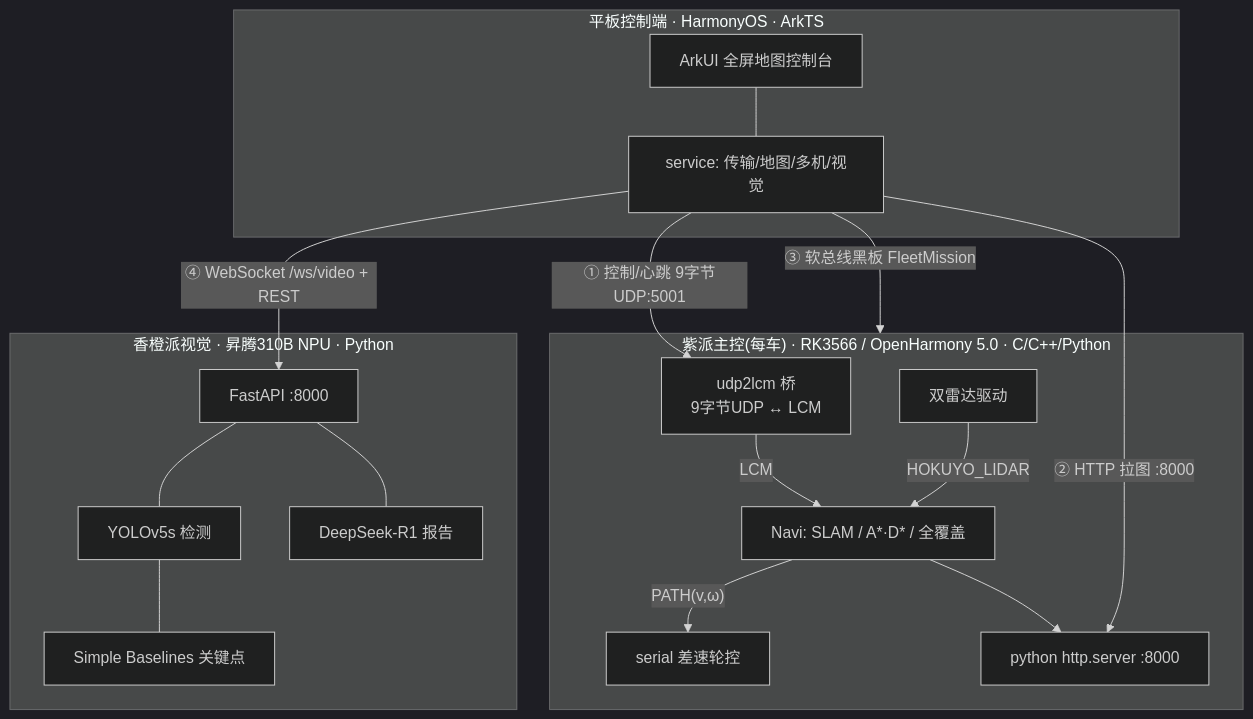
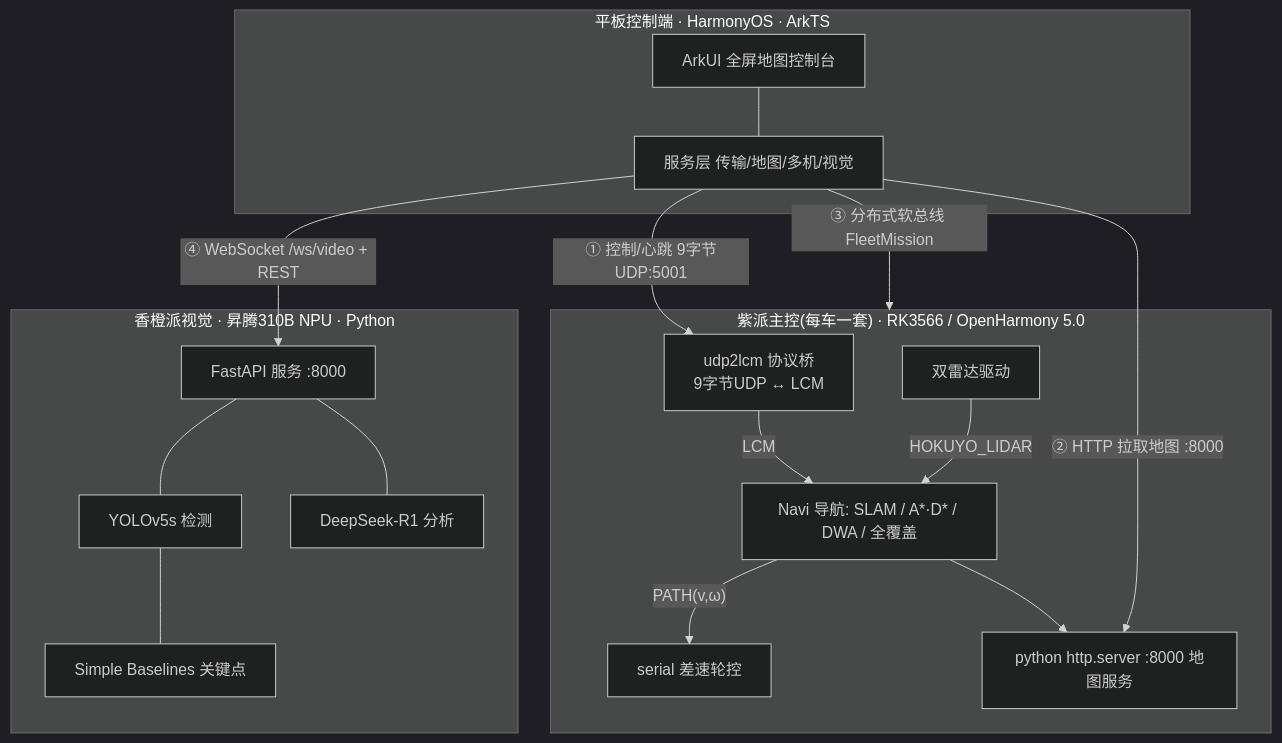
The second of 33 diagrams in 竞赛文档/作品设计文档.md (Drahann/OpenHarmonyCar), drawn with Mermaid (dark theme) before and after one commit. The commit also changed other lines of this file and 37 other files, not shown here.

````diff
--- a/竞赛文档/作品设计文档.md
+++ b/竞赛文档/作品设计文档.md
@@ -203,31 +181,31 @@
 ```mermaid
 graph TB
   subgraph TABLET["平板控制端 · HarmonyOS · ArkTS"]
     UI["ArkUI 全屏地图控制台"]
-    SVC["service: 传输/地图/多机/视觉"]
+    SVC["服务层 传输/地图/多机/视觉"]
     UI --- SVC
   end
-  subgraph PURPLE["紫派主控(每车) · RK3566 / OpenHarmony 5.0 · C/C++/Python"]
-    BRIDGE["udp2lcm 桥<br/>9字节UDP ↔ LCM"]
-    NAVI["Navi: SLAM / A*·D* / 全覆盖"]
+  subgraph PURPLE["紫派主控(每车一套) · RK3566 / OpenHarmony 5.0"]
+    BRIDGE["udp2lcm 协议桥<br/>9字节UDP ↔ LCM"]
+    NAVI["Navi 导航: SLAM / A*·D* / DWA / 全覆盖"]
     WHEEL["serial 差速轮控"]
-    HTTP["python http.server :8000"]
+    HTTP["python http.server :8000 地图服务"]
     LIDAR["双雷达驱动"]
     BRIDGE -- LCM --> NAVI
     NAVI -- "PATH(v,ω)" --> WHEEL
     LIDAR -- "HOKUYO_LIDAR" --> NAVI
     NAVI --> HTTP
   end
   subgraph ORANGE["香橙派视觉 · 昇腾310B NPU · Python"]
-    FAST["FastAPI :8000"]
+    FAST["FastAPI 服务 :8000"]
     YOLO["YOLOv5s 检测"]
     POSE["Simple Baselines 关键点"]
-    DS["DeepSeek-R1 报告"]
+    DS["DeepSeek-R1 分析"]
     FAST --- YOLO --- POSE
     FAST --- DS
   end
   SVC -- "① 控制/心跳 9字节UDP:5001" --> BRIDGE
-  SVC -- "② HTTP 拉图 :8000" --> HTTP
-  SVC -- "③ 软总线黑板 FleetMission" --> PURPLE
+  SVC -- "② HTTP 拉取地图 :8000" --> HTTP
+  SVC -- "③ 分布式软总线 FleetMission" --> PURPLE
   SVC -- "④ WebSocket /ws/video + REST" --> FAST
 ```
````
